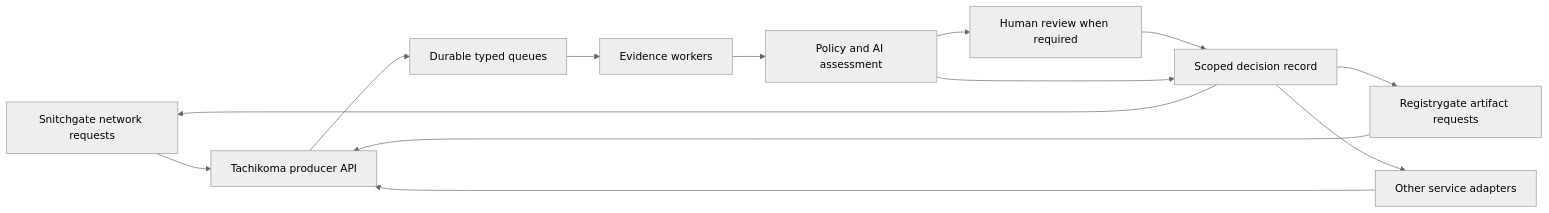
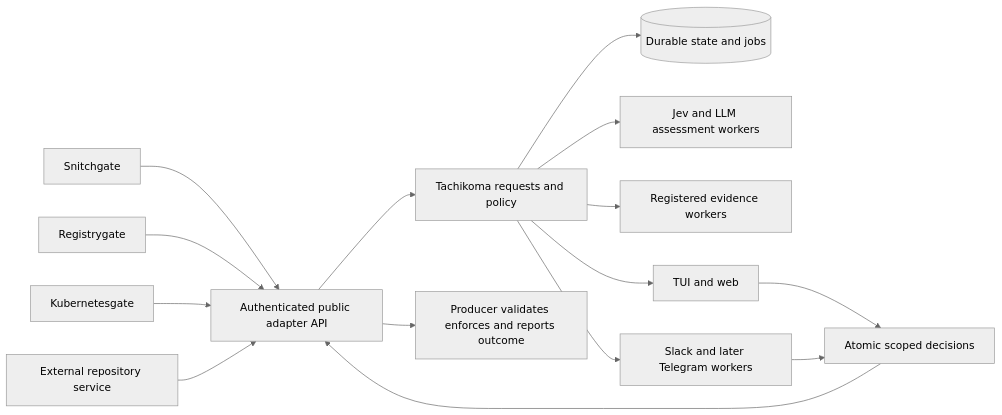
The diagram in docs/queue-control-plane.md (noeljackson/tachikoma), drawn with Mermaid (neutral theme) before and after one commit. The commit also changed other lines of this file and 1 other file, not shown here.

Commit message:
Plan independent services and public adapters in the Tachikoma monorepo

````diff
--- a/docs/queue-control-plane.md
+++ b/docs/queue-control-plane.md
@@ -17,15 +33,17 @@
 ```mermaid
 flowchart LR
-    S[Snitchgate network requests] --> API[Tachikoma producer API]
-    R[Registrygate artifact requests] --> API
-    X[Other service adapters] --> API
-    API --> Q[Durable typed queues]
-    Q --> E[Evidence workers]
-    E --> P[Policy and AI assessment]
-    P --> H[Human review when required]
-    H --> D[Scoped decision record]
-    P --> D
-    D --> S
-    D --> R
-    D --> X
+    S[Snitchgate] --> API[Authenticated public adapter API]
+    R[Registrygate] --> API
+    K[Kubernetesgate] --> API
+    X[External repository service] --> API
+    API --> C[Tachikoma requests and policy]
+    C --> DB[(Durable state and jobs)]
+    C --> A[Jev and LLM assessment workers]
+    C --> E[Registered evidence workers]
+    C --> U[TUI and web]
+    C --> M[Slack and later Telegram workers]
+    U --> D[Atomic scoped decisions]
+    M --> D
+    D --> API
+    API --> O[Producer validates enforces and reports outcome]
 ```
````
